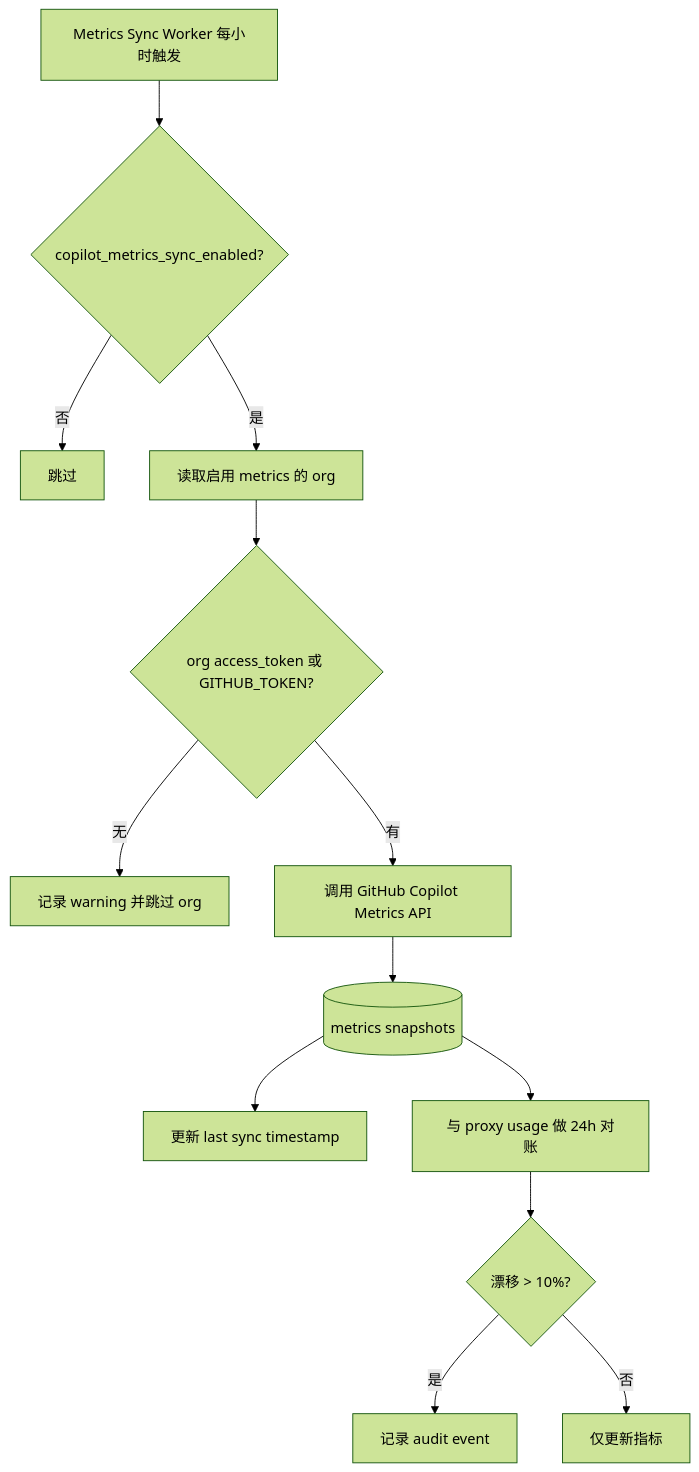
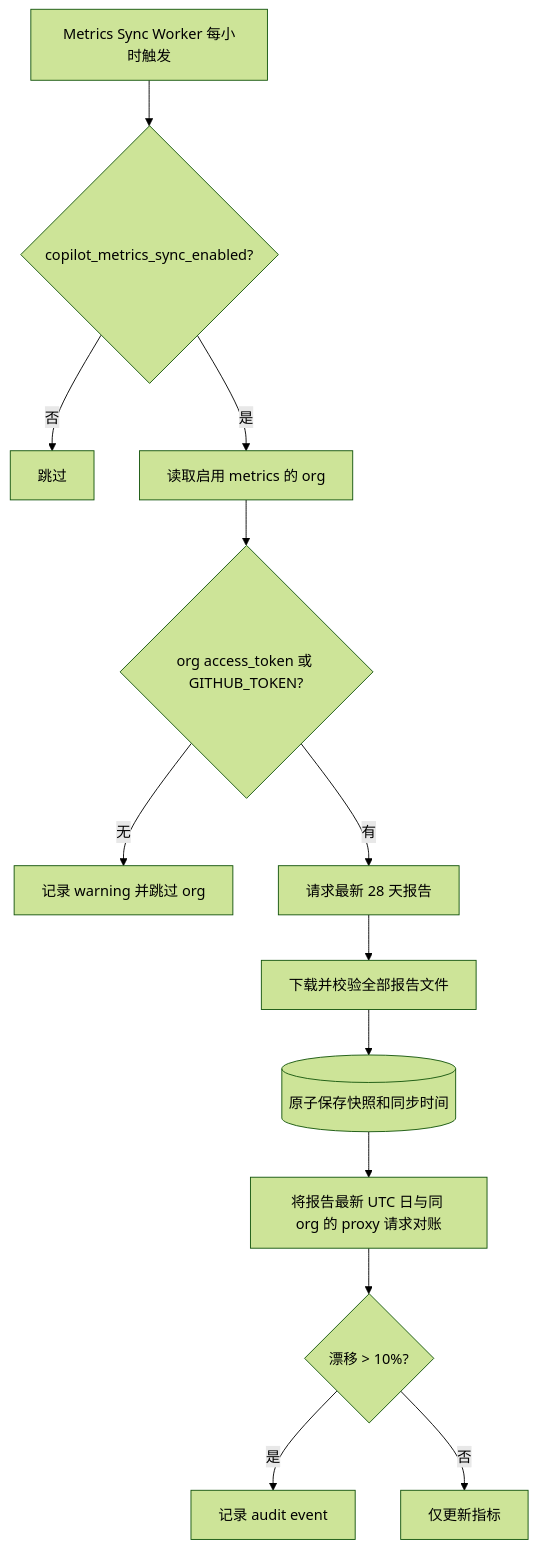
Before and after one commit to pczhao1210/ghcp-pool-proxy: the ninth of 10 diagrams in docs/operations.zh.md, drawn with Mermaid (forest theme). The commit also changed other lines of this file and 5 other files, not shown here.

````diff
--- a/docs/operations.zh.md
+++ b/docs/operations.zh.md
@@ -397,15 +403,15 @@
 ```mermaid
 flowchart TD
   A["Metrics Sync Worker 每小时触发"] --> B{"copilot_metrics_sync_enabled?"}
   B -->|"否"| C["跳过"]
   B -->|"是"| D["读取启用 metrics 的 org"]
   D --> E{"org access_token 或 GITHUB_TOKEN?"}
   E -->|"无"| F["记录 warning 并跳过 org"]
-  E -->|"有"| G["调用 GitHub Copilot Metrics API"]
-  G --> H[(metrics snapshots)]
-  H --> I["更新 last sync timestamp"]
-  H --> J["与 proxy usage 做 24h 对账"]
+  E -->|"有"| G["请求最新 28 天报告"]
+  G --> H["下载并校验全部报告文件"]
+  H --> I[(原子保存快照和同步时间)]
+  I --> J["将报告最新 UTC 日与同 org 的 proxy 请求对账"]
   J --> K{"漂移 > 10%?"}
   K -->|"是"| L["记录 audit event"]
   K -->|"否"| M["仅更新指标"]
 ```
````
